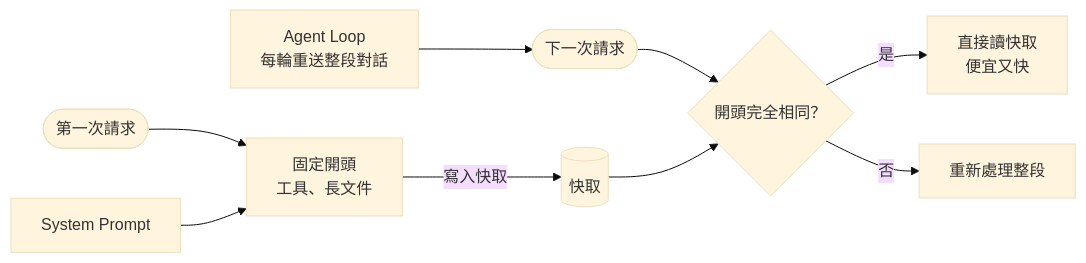
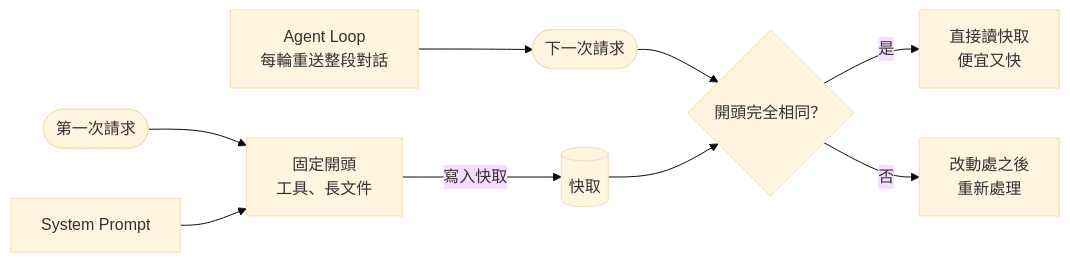
The diagram in diagrams/prompt-caching.mmd (hsiehpinhwa/ai-glossary), drawn with Mermaid (base theme) before and after one commit. The commit also changed 136 other files, not shown here.

```diff
--- a/diagrams/prompt-caching.mmd
+++ b/diagrams/prompt-caching.mmd
@@ -1,9 +1,9 @@
 flowchart LR
   req1([第一次請求]) --> prefix[固定開頭<br/>工具、長文件]
   system-prompt[System Prompt] --> prefix
   prefix -- 寫入快取 --> cache[(快取)]
   agent-loop[Agent Loop<br/>每輪重送整段對話] --> req2([下一次請求])
   req2 --> hit{開頭完全相同？}
   cache --> hit
   hit -- 是 --> fast[直接讀快取<br/>便宜又快]
-  hit -- 否 --> full[重新處理整段]
+  hit -- 否 --> full[改動處之後<br/>重新處理]
```
